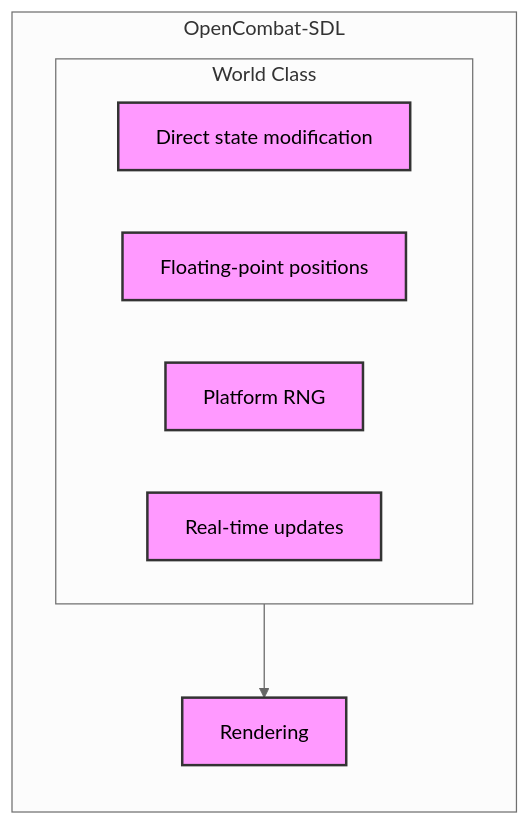
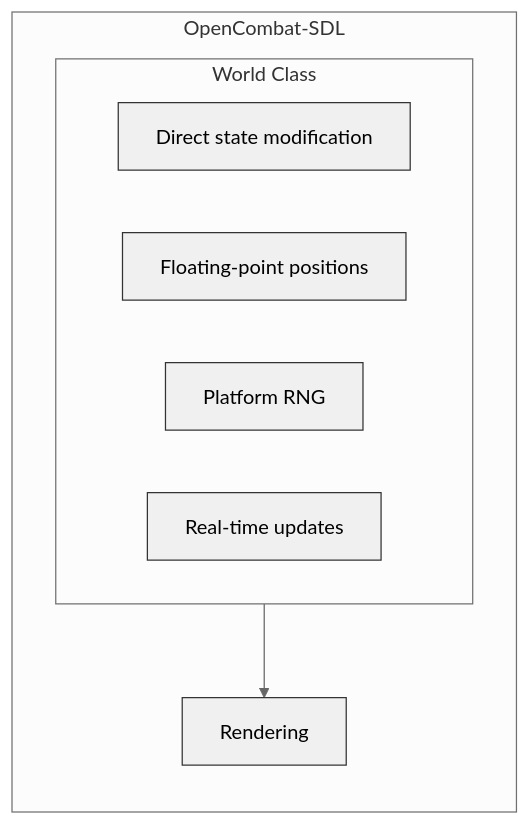
The sixth of 7 diagrams in chapter_15_multiplayer.md (jukofyork/close-combat-architecture-study), drawn with Mermaid (neutral theme) before and after one commit. The commit also changed other lines of this file and 15 other files, not shown here.

````diff
--- a/chapter_15_multiplayer.md
+++ b/chapter_15_multiplayer.md
@@ -1312,19 +1344,24 @@
 ```mermaid
 flowchart TB
+    classDef default fill:#fff,stroke:#000,stroke-width:1px
+    classDef light fill:#f0f0f0,stroke:#333,stroke-width:1px
+    classDef medium fill:#d0d0d0,stroke:#333,stroke-width:1px
+    classDef dark fill:#b0b0b0,stroke:#000,stroke-width:2px
+
     subgraph Current["OpenCombat-SDL"]
         direction TB
-        
+
         subgraph World["World Class"]
             W1["Direct state modification"]
             W2["Floating-point positions"]
             W3["Platform RNG"]
             W4["Real-time updates"]
         end
-        
+
         Rendering["Rendering"]
-        
+
         World --> Rendering
     end
-    
-    classDef default fill:#f9f,stroke:#333,stroke-width:2px
+
+    class W1,W2,W3,W4,Rendering light
 ```
````
